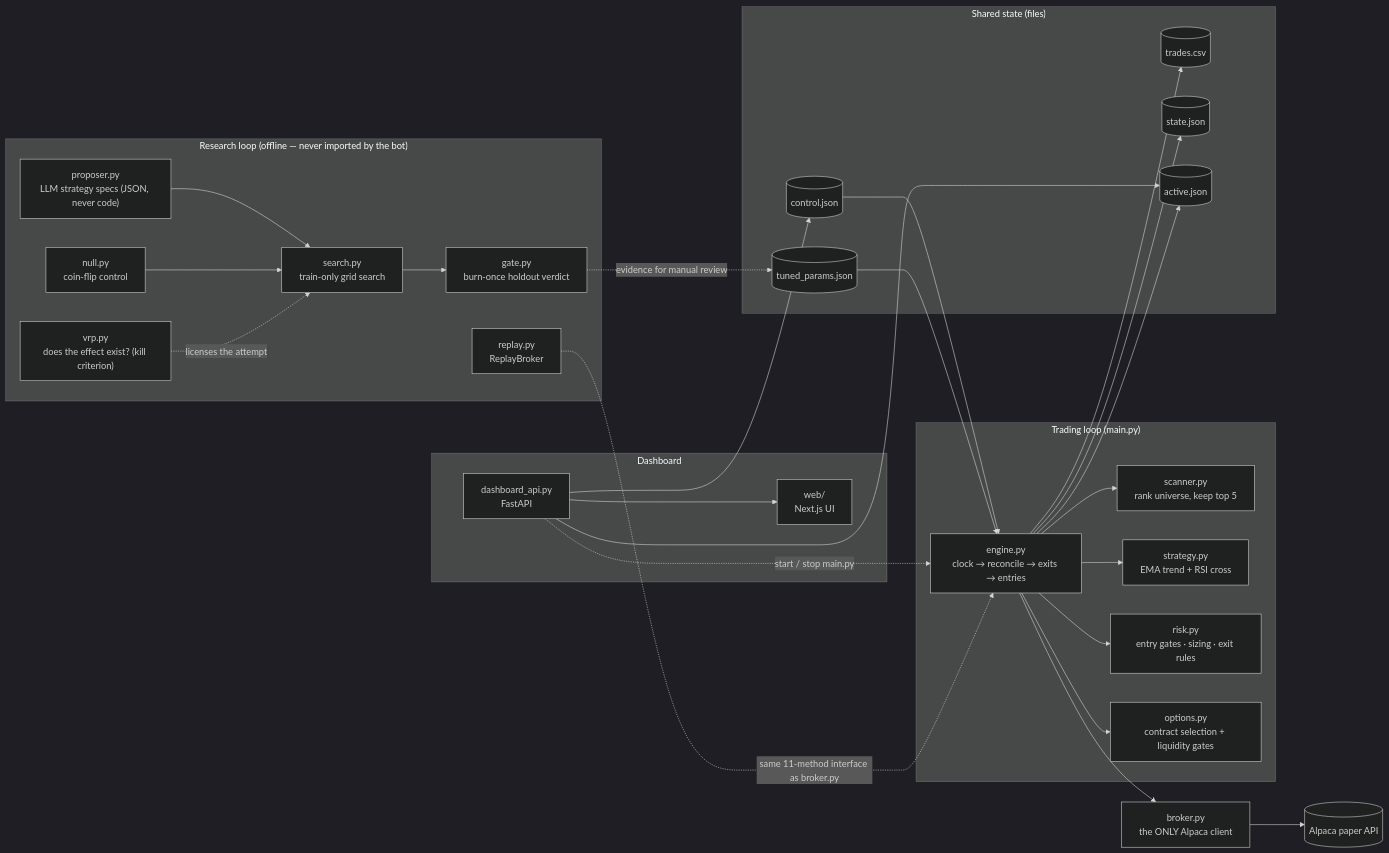
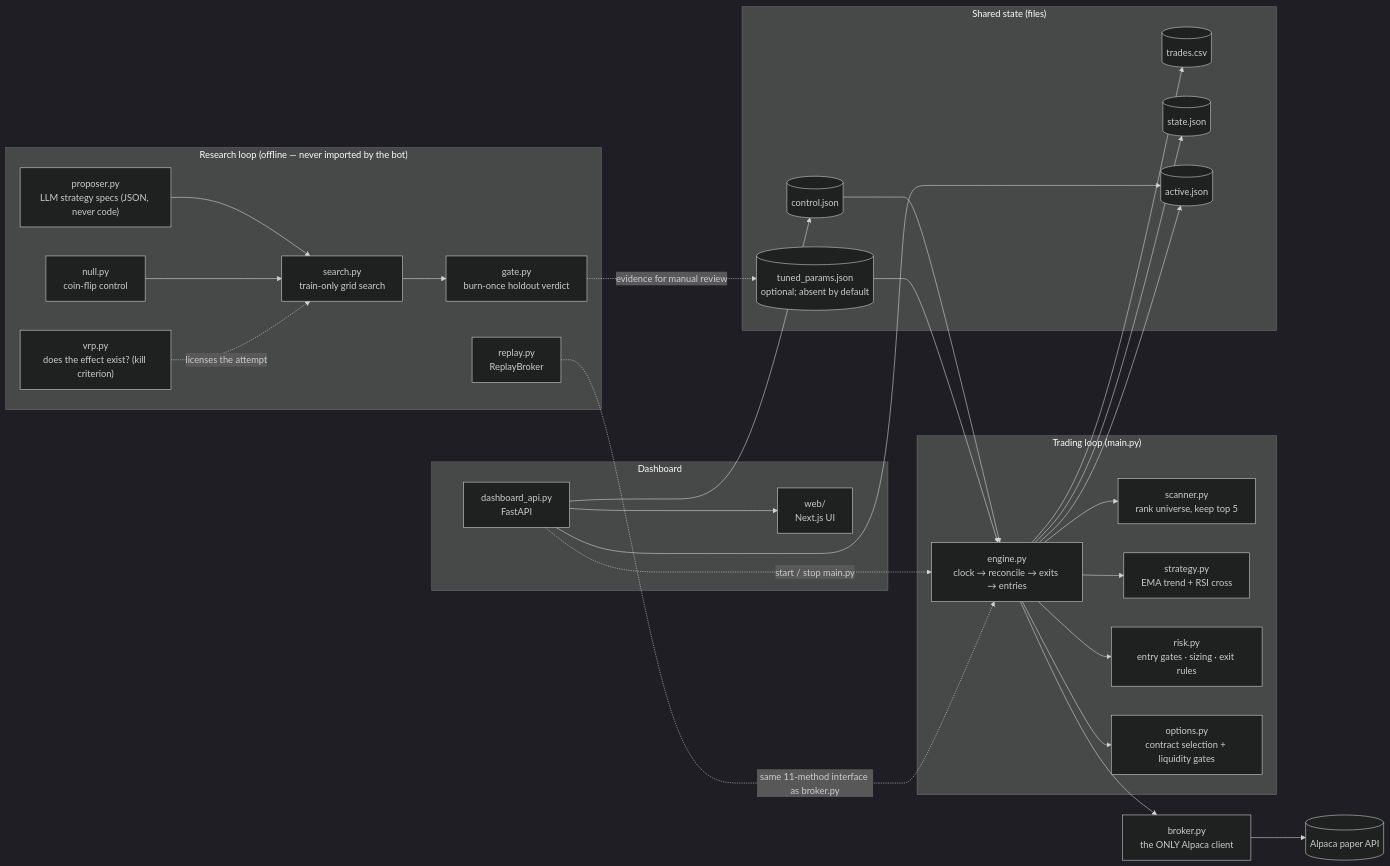
One commit to Manideep728/options-research-harness changed the diagram in README.md. Above: the diagram before and after it, drawn with Mermaid (dark theme). The commit also changed other lines of this file and 6 other files, not shown here.

````diff
--- a/README.md
+++ b/README.md
@@ -387,52 +89,52 @@
 ```mermaid
 flowchart LR
     subgraph loop["Trading loop (main.py)"]
         engine["engine.py<br/>clock → reconcile → exits → entries"]
         scanner["scanner.py<br/>rank universe, keep top 5"]
         strategy["strategy.py<br/>EMA trend + RSI cross"]
         risk["risk.py<br/>entry gates · sizing · exit rules"]
         options["options.py<br/>contract selection + liquidity gates"]
         engine --> scanner
         engine --> strategy
         engine --> risk
         engine --> options
     end
 
     broker["broker.py<br/>the ONLY Alpaca client"]
     alpaca[("Alpaca paper API")]
     engine --> broker --> alpaca
 
     subgraph state["Shared state (files)"]
         journal[("trades.csv")]
         day[("state.json")]
         active[("active.json")]
         control[("control.json")]
-        tuned[("tuned_params.json")]
+        tuned[("tuned_params.json<br/>optional; absent by default")]
     end
     engine --> journal
     engine --> day
     engine --> active
     control --> engine
     tuned --> engine
 
     subgraph dash["Dashboard"]
         api["dashboard_api.py<br/>FastAPI"] --> web["web/<br/>Next.js UI"]
     end
     api --> active
     api --> control
     api -. "start / stop main.py" .-> engine
 
     subgraph research["Research loop (offline — never imported by the bot)"]
         vrpmod["vrp.py<br/>does the effect exist? (kill criterion)"]
         search["search.py<br/>train-only grid search"]
         nullmod["null.py<br/>coin-flip control"]
         replaymod["replay.py<br/>ReplayBroker"]
         gate["gate.py<br/>burn-once holdout verdict"]
         proposer["proposer.py<br/>LLM strategy specs (JSON, never code)"]
         proposer --> search --> gate
         nullmod --> search
         vrpmod -. "licenses the attempt" .-> search
     end
     replaymod -. "same 11-method interface as broker.py" .-> engine
     gate -. "evidence for manual review" .-> tuned
 ```
````
